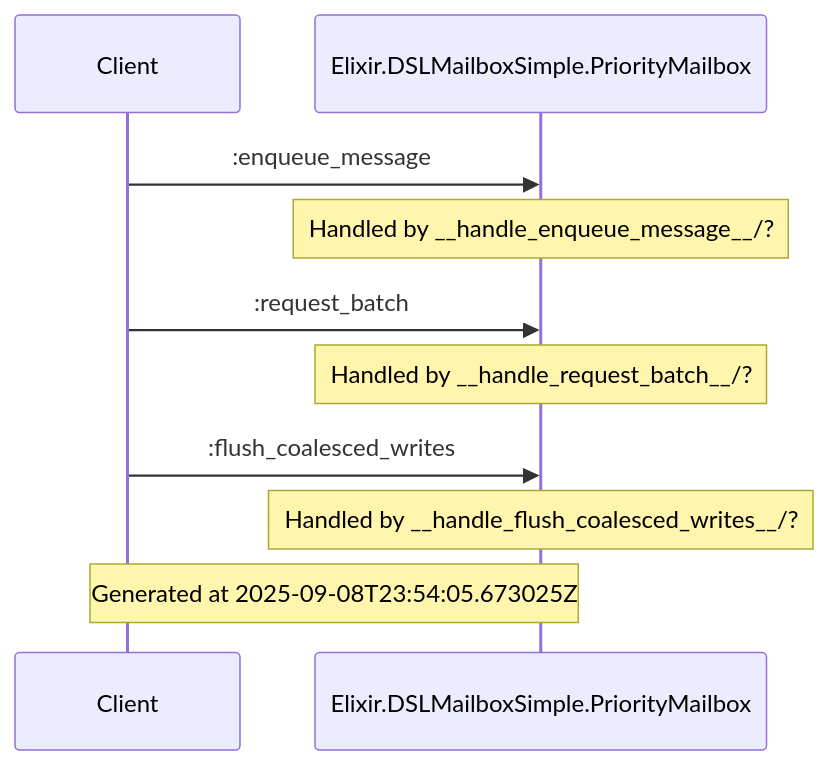
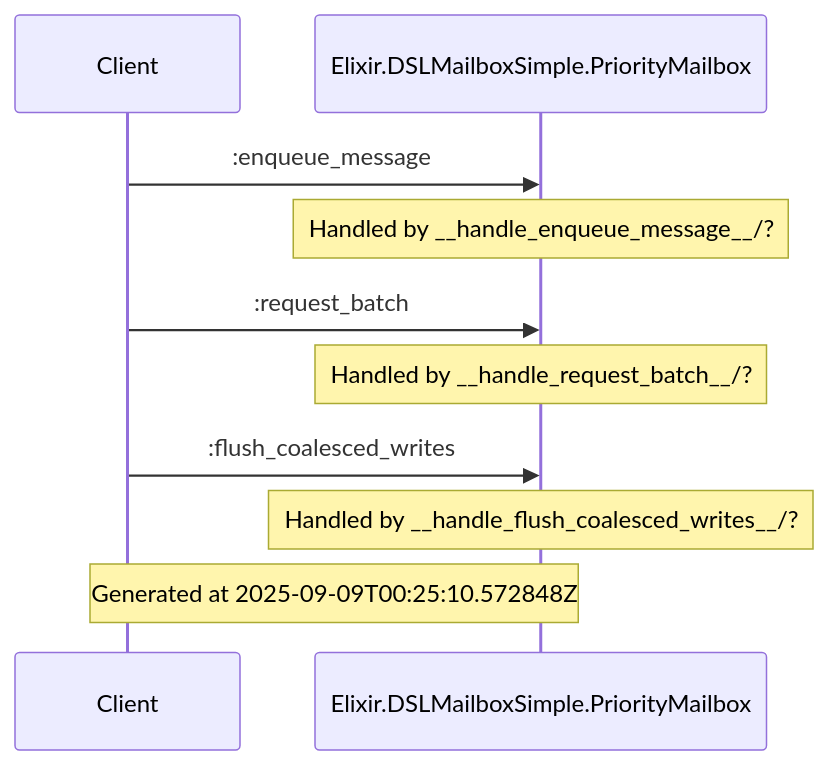
The diagram in docs/diagrams/Elixir.DSLMailboxSimple.PriorityMailbox.md (anoma/engine), drawn with Mermaid before and after one commit. The commit also changed other lines of this file and 27 other files, not shown here.

````diff
--- a/docs/diagrams/Elixir.DSLMailboxSimple.PriorityMailbox.md
+++ b/docs/diagrams/Elixir.DSLMailboxSimple.PriorityMailbox.md
@@ -5,14 +5,14 @@
 ```mermaid
 sequenceDiagram
     participant Client
     participant Elixir.Examples.DSLMailboxSimple.PriorityMailbox as Elixir.DSLMailboxSimple.PriorityMailbox
     Client->>Elixir.Examples.DSLMailboxSimple.PriorityMailbox: :enqueue_message
     Note over Elixir.Examples.DSLMailboxSimple.PriorityMailbox: Handled by __handle_enqueue_message__/?
     Client->>Elixir.Examples.DSLMailboxSimple.PriorityMailbox: :request_batch
     Note over Elixir.Examples.DSLMailboxSimple.PriorityMailbox: Handled by __handle_request_batch__/?
     Client->>Elixir.Examples.DSLMailboxSimple.PriorityMailbox: :flush_coalesced_writes
     Note over Elixir.Examples.DSLMailboxSimple.PriorityMailbox: Handled by __handle_flush_coalesced_writes__/?
 
-Note over Client, Elixir.Examples.DSLMailboxSimple.PriorityMailbox: Generated at 2025-09-08T23:54:05.673025Z
+Note over Client, Elixir.Examples.DSLMailboxSimple.PriorityMailbox: Generated at 2025-09-09T00:25:10.572848Z
 
 ```
````
